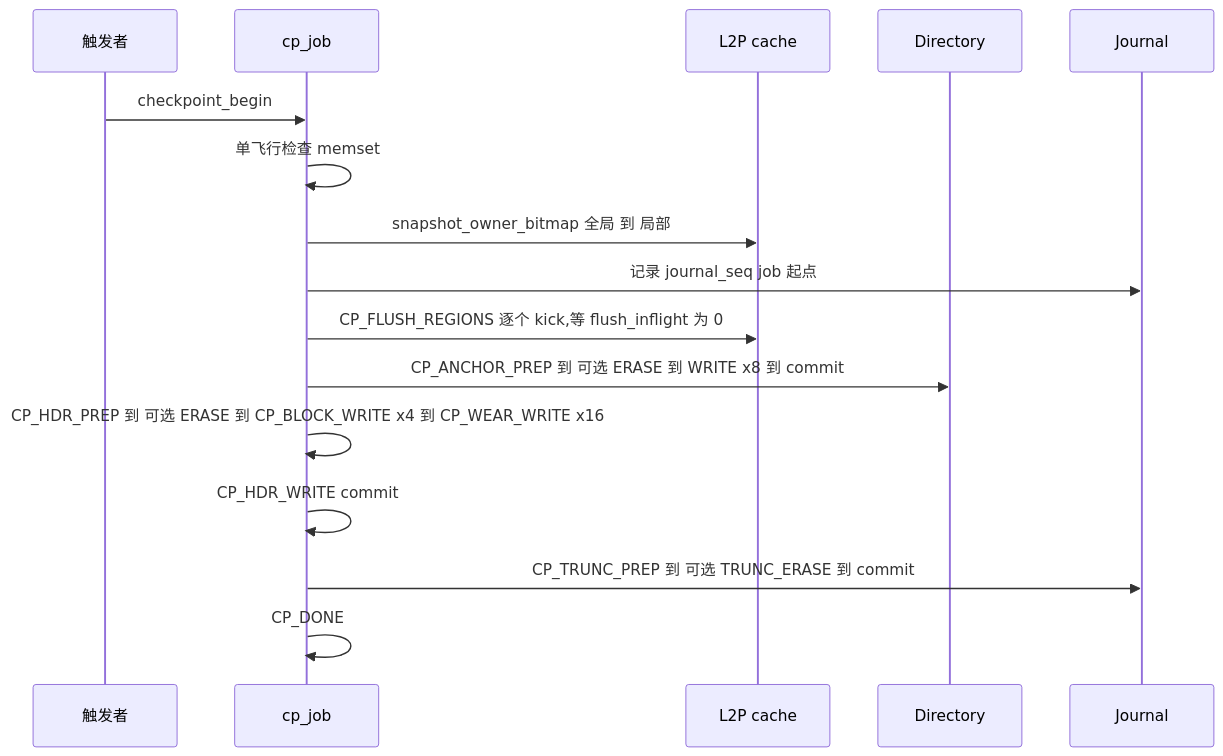
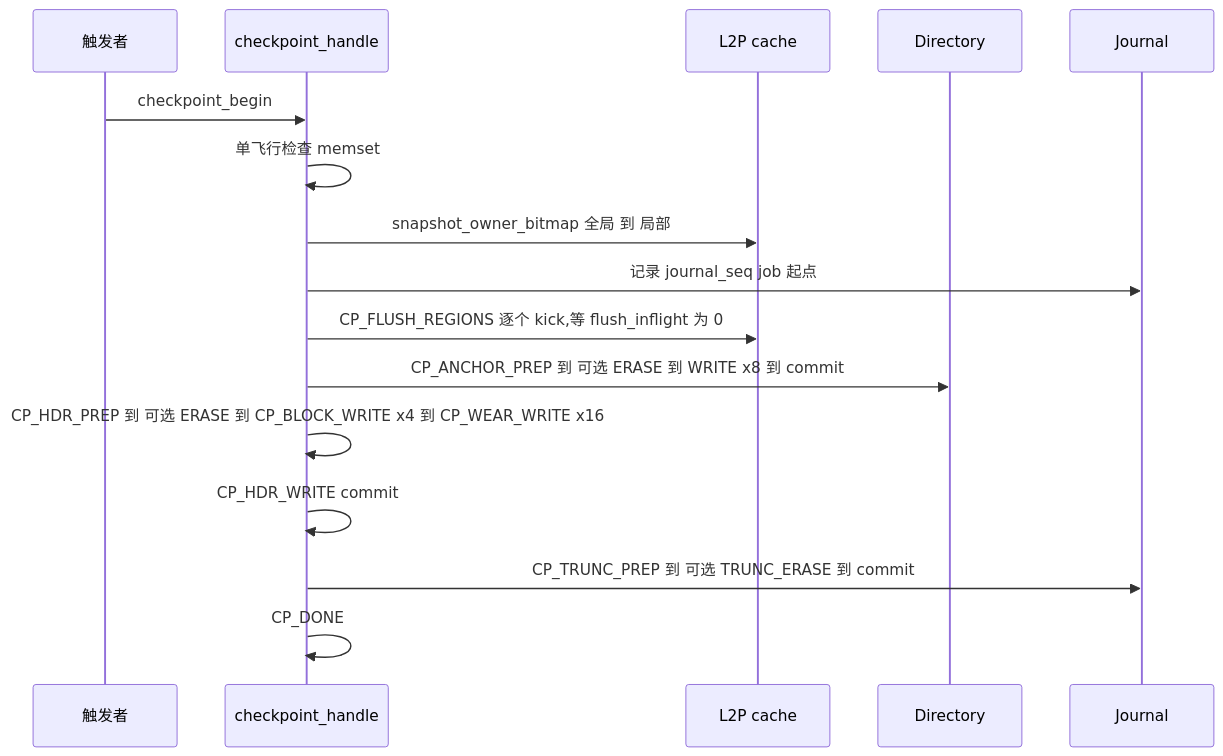
Before and after one commit to YzYMIAO/BASESSD: diagram 29 of 32 in docs/design/ftl_design.md, drawn with Mermaid. The commit also changed other lines of this file and 46 other files, not shown here.

First line of the commit message:
refactor(ftl): 异步 job 统一为 handle，完成服务统一为 callback

````diff
--- a/docs/design/ftl_design.md
+++ b/docs/design/ftl_design.md
@@ -3702,19 +3702,19 @@
 ```mermaid
 sequenceDiagram
     participant T as 触发者
-    participant CP as cp_job
+    participant CP as checkpoint_handle
     participant L as L2P cache
     participant D as Directory
     participant J as Journal
 
     T->>CP: checkpoint_begin
     CP->>CP: 单飞行检查 memset
     CP->>L: snapshot_owner_bitmap 全局 到 局部
     CP->>J: 记录 journal_seq job 起点
     CP->>L: CP_FLUSH_REGIONS 逐个 kick,等 flush_inflight 为 0
     CP->>D: CP_ANCHOR_PREP 到 可选 ERASE 到 WRITE x8 到 commit
     CP->>CP: CP_HDR_PREP 到 可选 ERASE 到 CP_BLOCK_WRITE x4 到 CP_WEAR_WRITE x16
     CP->>CP: CP_HDR_WRITE commit
     CP->>J: CP_TRUNC_PREP 到 可选 TRUNC_ERASE 到 commit
     CP->>CP: CP_DONE
 ```
````
